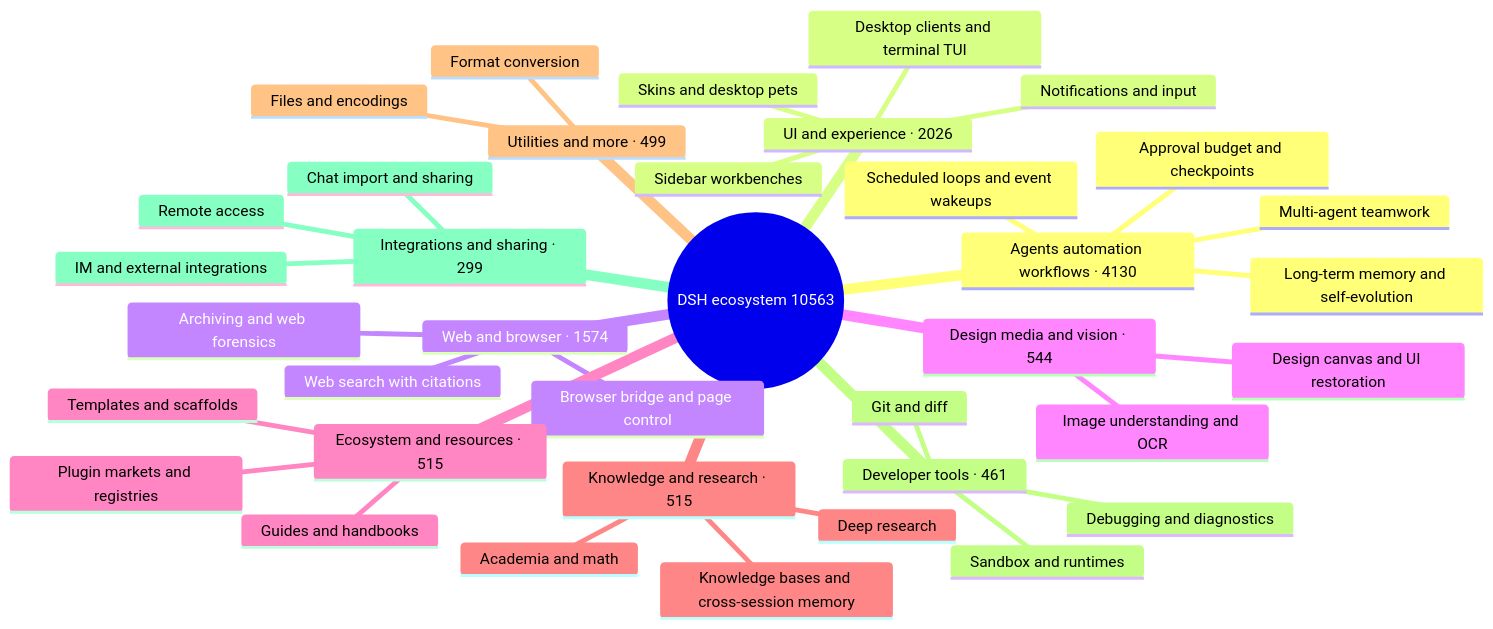
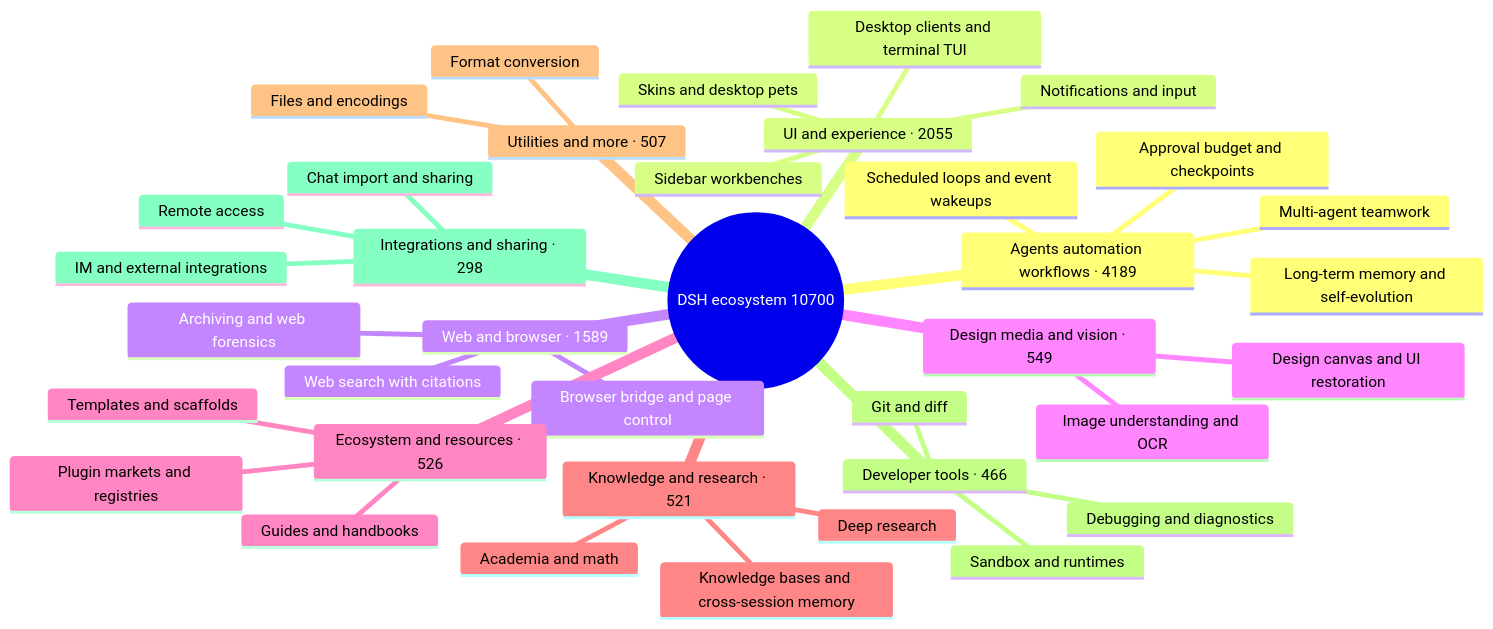
The diagram in README_EN.md (bruc3van/awesome-dsh-plugin), drawn with Mermaid before and after one commit. The commit also changed other lines of this file and 20 other files, not shown here.

````diff
--- a/README_EN.md
+++ b/README_EN.md
@@ -33,40 +33,40 @@
 ```mermaid
 mindmap
-  root((DSH ecosystem 10563))
-    Agents automation workflows · 4130
+  root((DSH ecosystem 10700))
+    Agents automation workflows · 4189
       Scheduled loops and event wakeups
       Multi-agent teamwork
       Long-term memory and self-evolution
       Approval budget and checkpoints
-    UI and experience · 2026
+    UI and experience · 2055
       Desktop clients and terminal TUI
       Sidebar workbenches
       Skins and desktop pets
       Notifications and input
-    Web and browser · 1574
+    Web and browser · 1589
       Browser bridge and page control
       Web search with citations
       Archiving and web forensics
-    Design media and vision · 544
+    Design media and vision · 549
       Image understanding and OCR
       Design canvas and UI restoration
-    Ecosystem and resources · 515
+    Ecosystem and resources · 526
       Plugin markets and registries
       Templates and scaffolds
       Guides and handbooks
-    Knowledge and research · 515
+    Knowledge and research · 521
       Knowledge bases and cross-session memory
       Deep research
       Academia and math
-    Utilities and more · 499
+    Utilities and more · 507
       Files and encodings
       Format conversion
-    Developer tools · 461
+    Developer tools · 466
       Git and diff
       Sandbox and runtimes
       Debugging and diagnostics
-    Integrations and sharing · 299
+    Integrations and sharing · 298
       Chat import and sharing
       Remote access
       IM and external integrations
 ```
````
